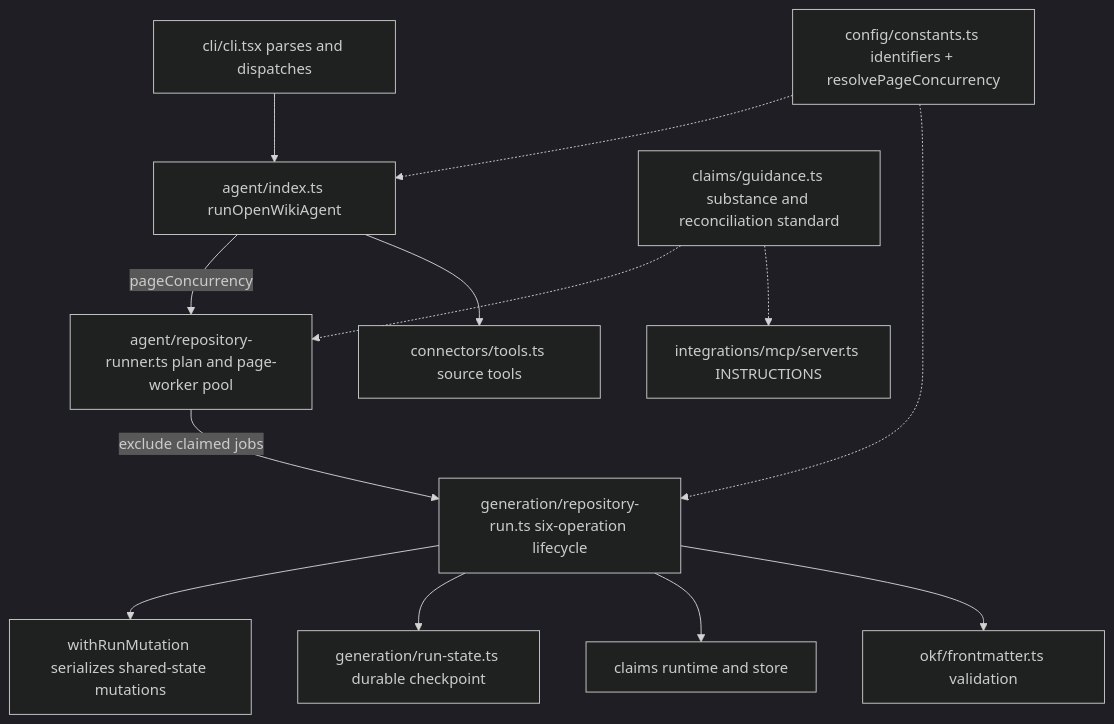
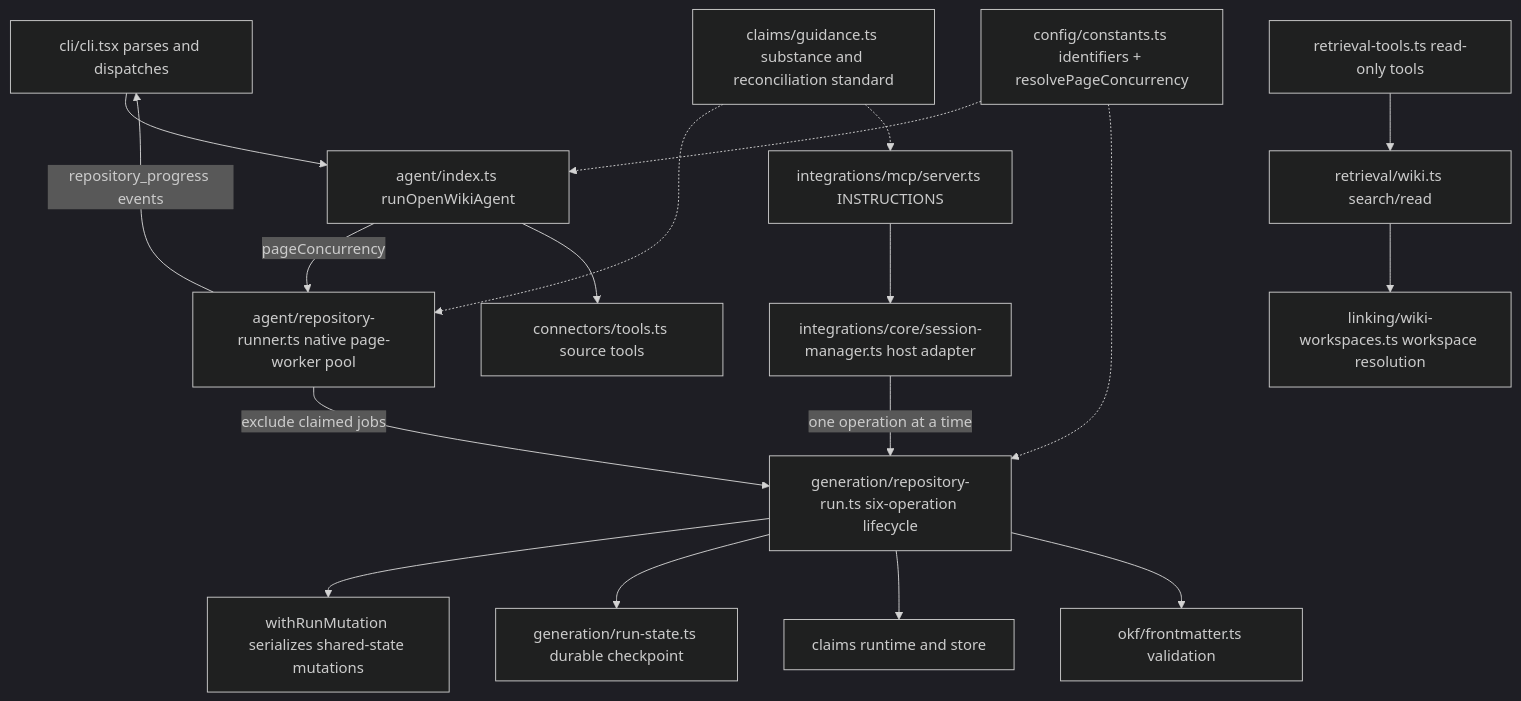
The diagram in openwiki/architecture/source-map.md (899ms/openwiki), drawn with Mermaid (dark theme) before and after one commit. The commit also changed other lines of this file and 38 other files, not shown here.

````diff
--- a/openwiki/architecture/source-map.md
+++ b/openwiki/architecture/source-map.md
@@ -503,15 +573,20 @@
 ```mermaid
 flowchart TD
   CLI["cli/cli.tsx parses and dispatches"] --> Agent["agent/index.ts runOpenWikiAgent"]
-  Agent -->|pageConcurrency| Runner["agent/repository-runner.ts plan and page-worker pool"]
+  Agent -->|pageConcurrency| Runner["agent/repository-runner.ts native page-worker pool"]
+  Runner -->|repository_progress events| CLI
   Runner -->|exclude claimed jobs| Gen["generation/repository-run.ts six-operation lifecycle"]
+  Session["integrations/core/session-manager.ts host adapter"] -->|one operation at a time| Gen
   Gen --> Lock["withRunMutation serializes shared-state mutations"]
   Gen --> State["generation/run-state.ts durable checkpoint"]
   Gen --> Claims["claims runtime and store"]
   Gen --> OKF["okf/frontmatter.ts validation"]
   Guidance["claims/guidance.ts substance and reconciliation standard"] -.-> Runner
   Guidance -.-> MCP["integrations/mcp/server.ts INSTRUCTIONS"]
+  MCP --> Session
+  Retrieval["retrieval-tools.ts read-only tools"] --> WikiSearch["retrieval/wiki.ts search/read"]
+  WikiSearch --> Linking["linking/wiki-workspaces.ts workspace resolution"]
   Agent --> Connectors["connectors/tools.ts source tools"]
   Config["config/constants.ts identifiers + resolvePageConcurrency"] -.-> Agent
   Config -.-> Gen
 ```
````
